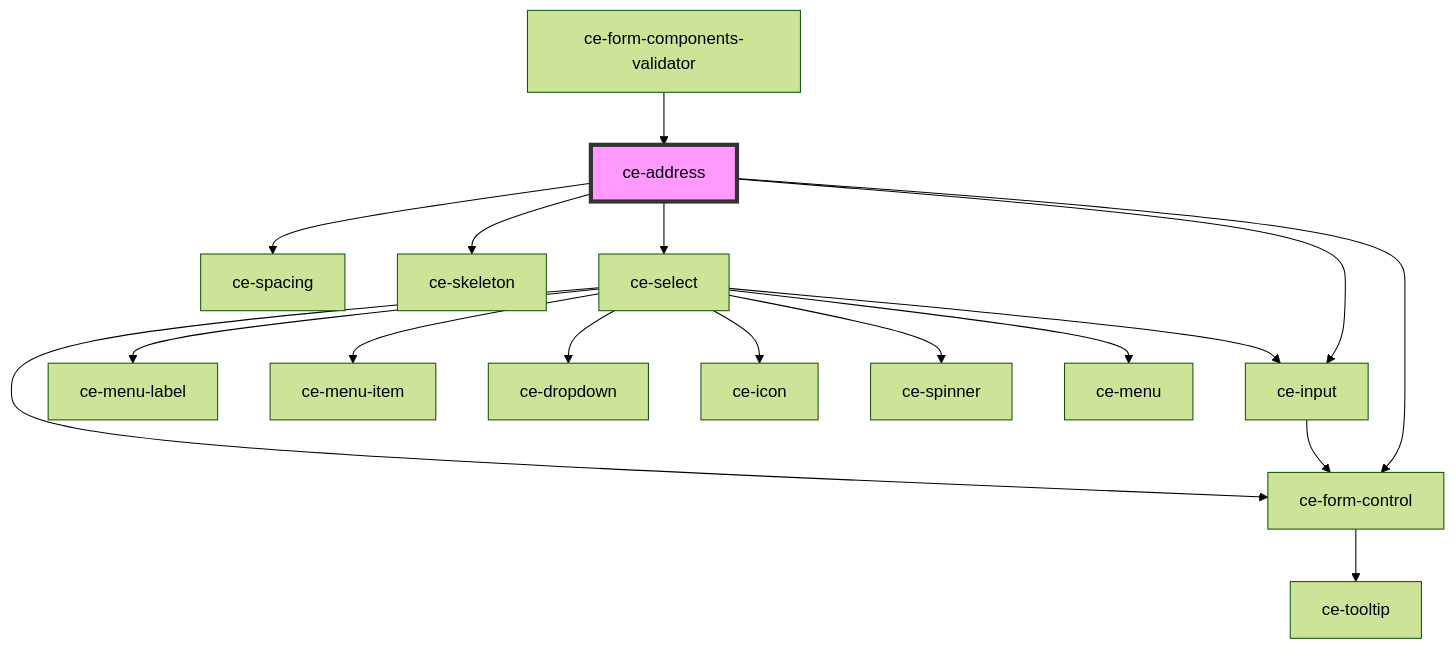
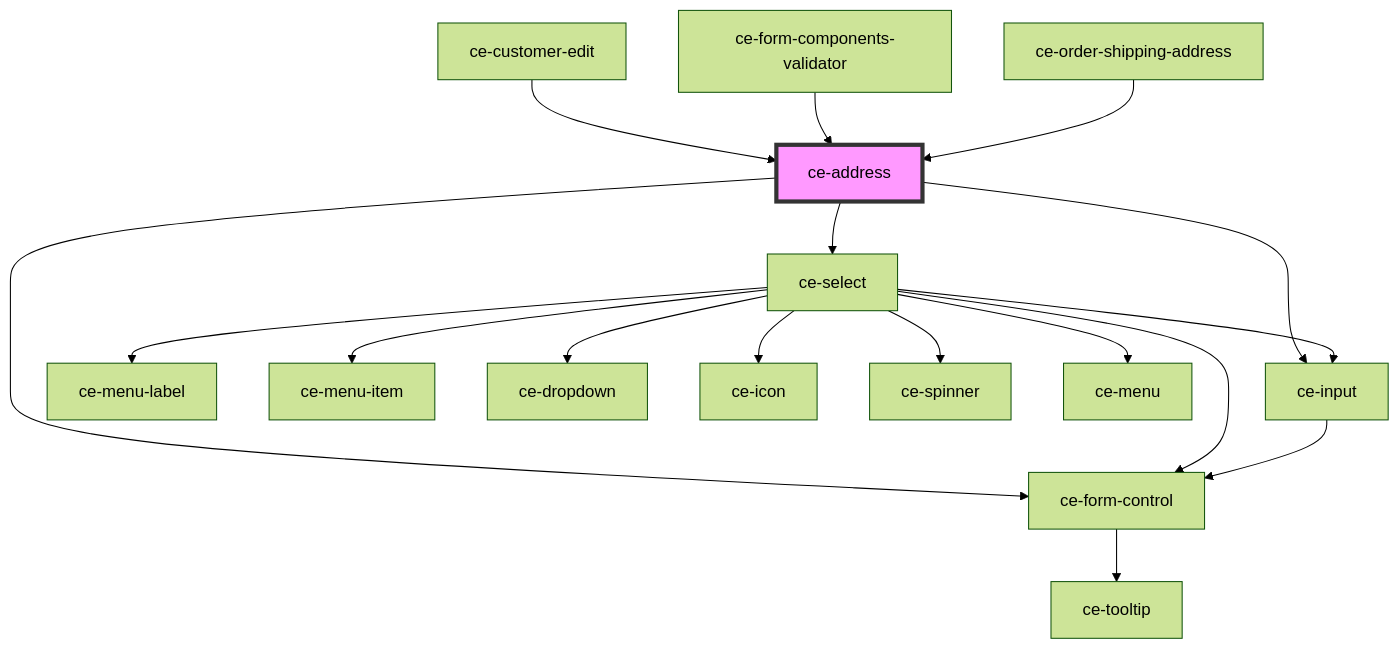
One commit to surecart/surecart-wp-plugin changed the diagram in packages/components/src/components/ui/ce-address/readme.md. Above: the diagram before and after it, drawn with Mermaid (forest theme). The commit also changed other lines of this file and 118 other files, not shown here.

````diff
--- a/packages/components/src/components/ui/ce-address/readme.md
+++ b/packages/components/src/components/ui/ce-address/readme.md
@@ -41,20 +41,20 @@
 ```mermaid
 graph TD;
+  ce-address --> ce-form-control
+  ce-address --> ce-select
   ce-address --> ce-input
-  ce-address --> ce-form-control
-  ce-address --> ce-spacing
-  ce-address --> ce-skeleton
-  ce-address --> ce-select
-  ce-input --> ce-form-control
   ce-form-control --> ce-tooltip
   ce-select --> ce-menu-label
   ce-select --> ce-menu-item
   ce-select --> ce-form-control
   ce-select --> ce-dropdown
   ce-select --> ce-icon
   ce-select --> ce-input
   ce-select --> ce-spinner
   ce-select --> ce-menu
+  ce-input --> ce-form-control
+  ce-customer-edit --> ce-address
   ce-form-components-validator --> ce-address
+  ce-order-shipping-address --> ce-address
   style ce-address fill:#f9f,stroke:#333,stroke-width:4px
 ```
````
